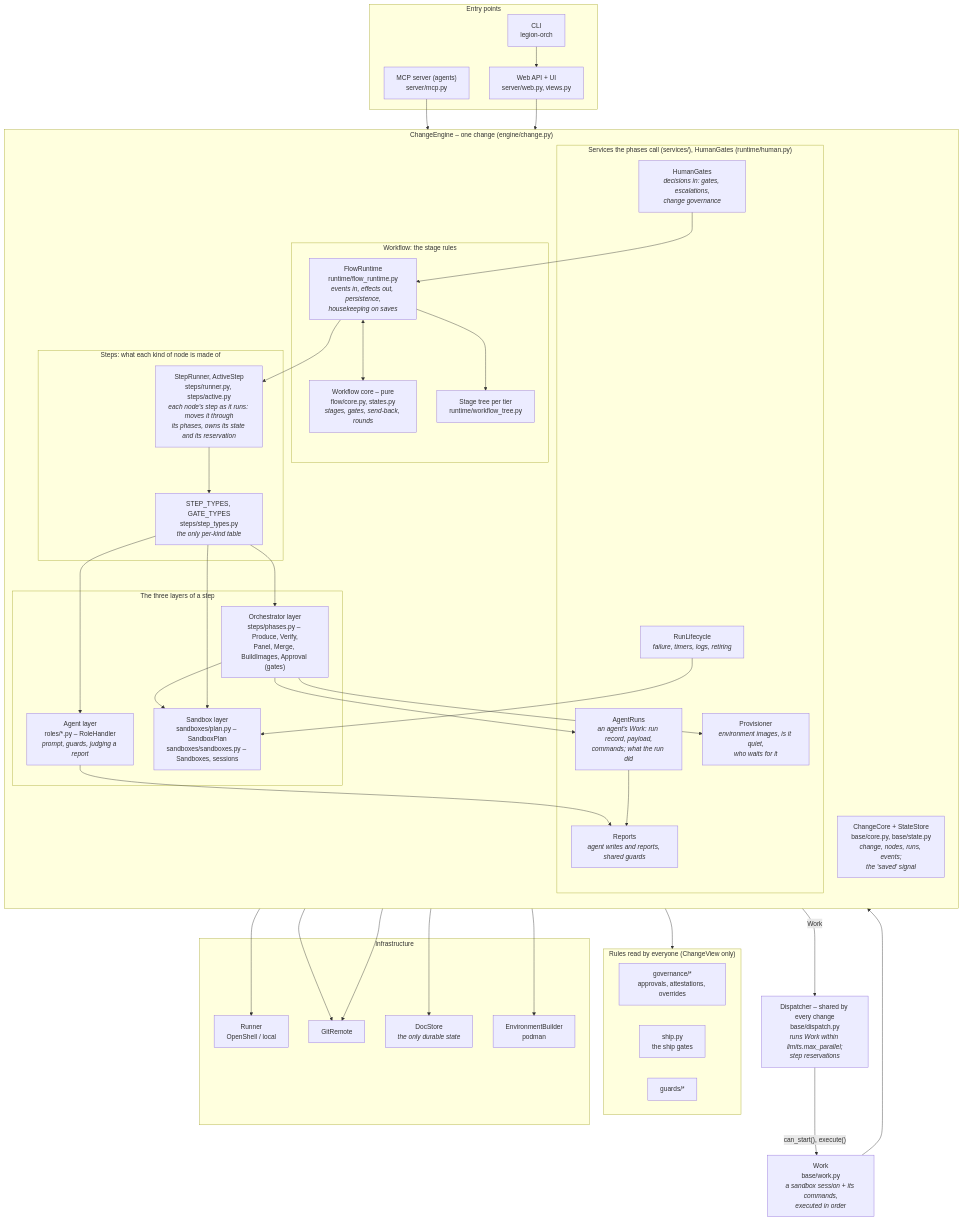
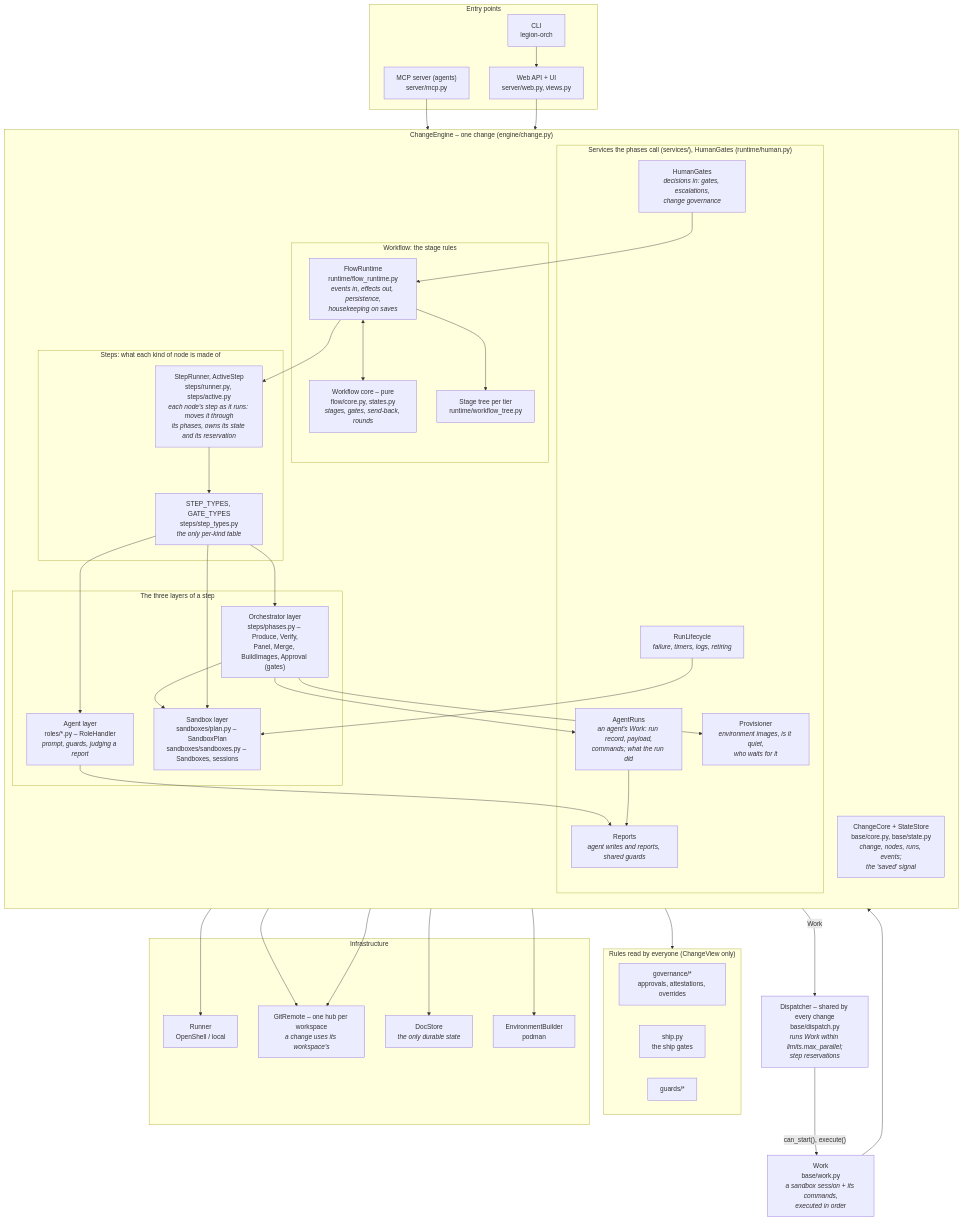
One commit to mr-miles/orchestrator changed the first of 6 diagrams in docs/architecture.md. Above: the diagram before and after it, drawn with Mermaid. The commit also changed 41 other files, not shown here.

````diff
--- a/docs/architecture.md
+++ b/docs/architecture.md
@@ -13,72 +13,72 @@
 ```mermaid
 flowchart TB
     subgraph entry["Entry points"]
         web["Web API + UI<br/>server/web.py, views.py"]
         mcp["MCP server (agents)<br/>server/mcp.py"]
         cli["CLI<br/>legion-orch"]
     end
 
     subgraph engine["ChangeEngine – one change (engine/change.py)"]
         direction TB
         subgraph wf["Workflow: the stage rules"]
             core["Workflow core – pure<br/>flow/core.py, states.py<br/><i>stages, gates, send-back, rounds</i>"]
             tree["Stage tree per tier<br/>runtime/workflow_tree.py"]
             rt["FlowRuntime<br/>runtime/flow_runtime.py<br/><i>events in, effects out, persistence,<br/>housekeeping on saves</i>"]
         end
         subgraph steps["Steps: what each kind of node is made of"]
             runner["StepRunner, ActiveStep<br/>steps/runner.py, steps/active.py<br/><i>each node's step as it runs: moves it through<br/>its phases, owns its state and its reservation</i>"]
             types["STEP_TYPES, GATE_TYPES<br/>steps/step_types.py<br/><i>the only per-kind table</i>"]
         end
         subgraph layers["The three layers of a step"]
             agent["Agent layer<br/>roles/*.py – RoleHandler<br/><i>prompt, guards, judging a report</i>"]
             phases["Orchestrator layer<br/>steps/phases.py – Produce, Verify,<br/>Panel, Merge, BuildImages, Approval (gates)"]
             sbx["Sandbox layer<br/>sandboxes/plan.py – SandboxPlan<br/>sandboxes/sandboxes.py – Sandboxes, sessions"]
         end
         subgraph svc["Services the phases call (services/), HumanGates (runtime/human.py)"]
             agents["AgentRuns<br/><i>an agent's Work: run record, payload,<br/>commands; what the run did</i>"]
             reports["Reports<br/><i>agent writes and reports, shared guards</i>"]
             prov["Provisioner<br/><i>environment images, is it quiet,<br/>who waits for it</i>"]
             life["RunLifecycle<br/><i>failure, timers, logs, retiring</i>"]
             gates["HumanGates<br/><i>decisions in: gates, escalations,<br/>change governance</i>"]
         end
         state["ChangeCore + StateStore<br/>base/core.py, base/state.py<br/><i>change, nodes, runs, events;<br/>the 'saved' signal</i>"]
     end
 
     disp["Dispatcher – shared by every change<br/>base/dispatch.py<br/><i>runs Work within limits.max_parallel;<br/>step reservations</i>"]
     work["Work<br/>base/work.py<br/><i>a sandbox session + its commands,<br/>executed in order</i>"]
 
     subgraph gov["Rules read by everyone (ChangeView only)"]
         governance["governance/*<br/>approvals, attestations, overrides"]
         ship["ship.py<br/>the ship gates"]
         guards["guards/*"]
     end
 
     subgraph infra["Infrastructure"]
         runnerx["Runner<br/>OpenShell / local"]
-        git["GitRemote"]
+        git["GitRemote – one hub per workspace<br/><i>a change uses its workspace's</i>"]
         store["DocStore<br/><i>the only durable state</i>"]
         builder["EnvironmentBuilder<br/>podman"]
     end
 
     web --> engine
     cli --> web
     mcp --> reports
     rt <--> core
     rt --> tree
     rt --> runner
     gates --> rt
     runner --> types
     types --> agent & phases & sbx
     phases --> agents & prov & sbx
     phases -- "Work" --> disp
     disp -- "can_start(), execute()" --> work
     work --> sbx
     agents --> reports
     agent --> reports
     life --> sbx
     engine --> gov
     sbx --> runnerx
     phases & gates --> git
     state --> store
     prov --> builder
 ```
````
